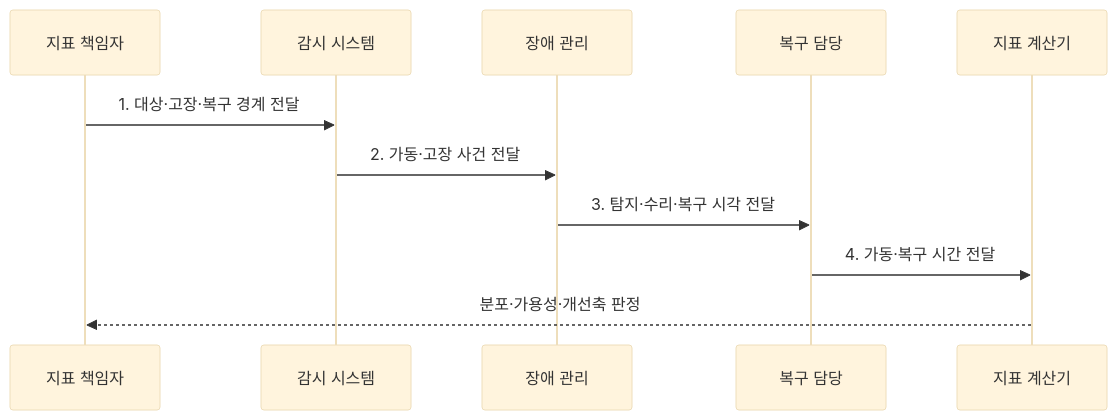
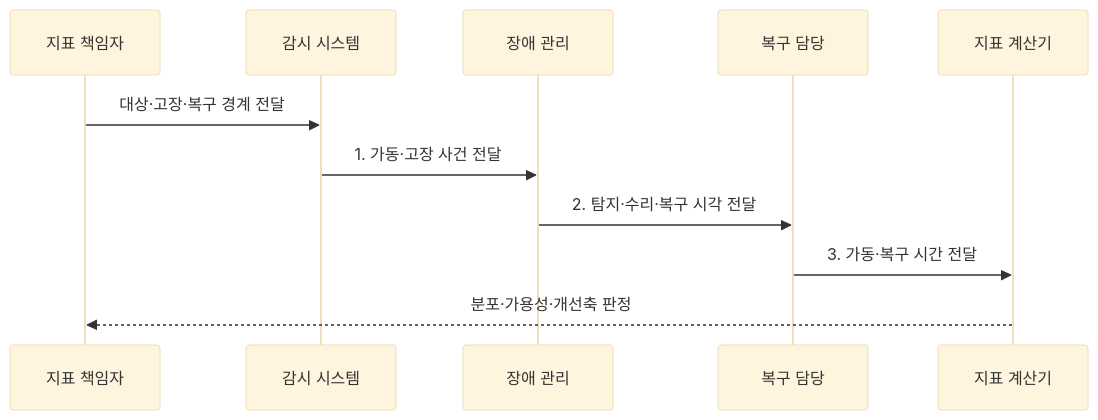
One commit to agnusdei1207/knowledge-base changed the second of 2 diagrams in src/content/docs/notes/06-evaluation/012_reliability_metrics_mtbf_mttr.md. Above: the diagram before and after it, drawn with Mermaid (base theme). The commit also changed other lines of this file and 12 other files, not shown here.

````diff
--- a/src/content/docs/notes/06-evaluation/012_reliability_metrics_mtbf_mttr.md
+++ b/src/content/docs/notes/06-evaluation/012_reliability_metrics_mtbf_mttr.md
@@ -78,13 +78,13 @@
 ```mermaid
 sequenceDiagram
   participant O as 지표 책임자
   participant M as 감시 시스템
   participant I as 장애 관리
   participant R as 복구 담당
   participant C as 지표 계산기
-  O->>M: 1. 대상·고장·복구 경계 전달
-  M->>I: 2. 가동·고장 사건 전달
-  I->>R: 3. 탐지·수리·복구 시각 전달
-  R->>C: 4. 가동·복구 시간 전달
+  O->>M: 대상·고장·복구 경계 전달
+  M->>I: 1. 가동·고장 사건 전달
+  I->>R: 2. 탐지·수리·복구 시각 전달
+  R->>C: 3. 가동·복구 시간 전달
   C-->>O: 분포·가용성·개선축 판정
 ```
````
